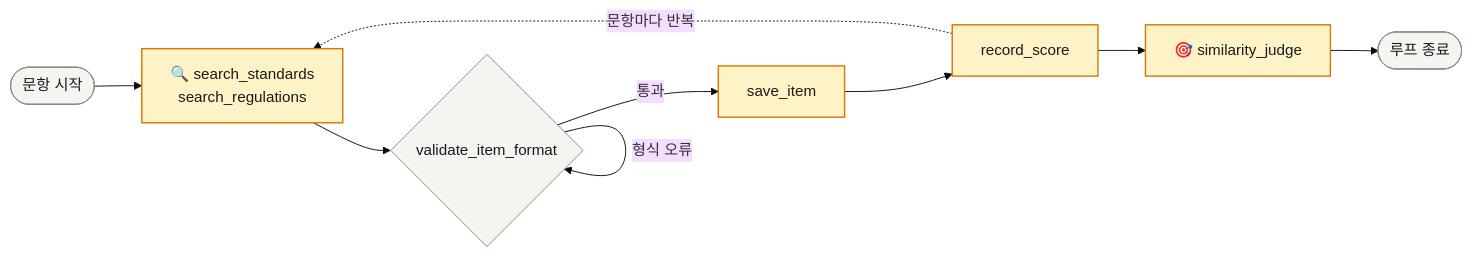
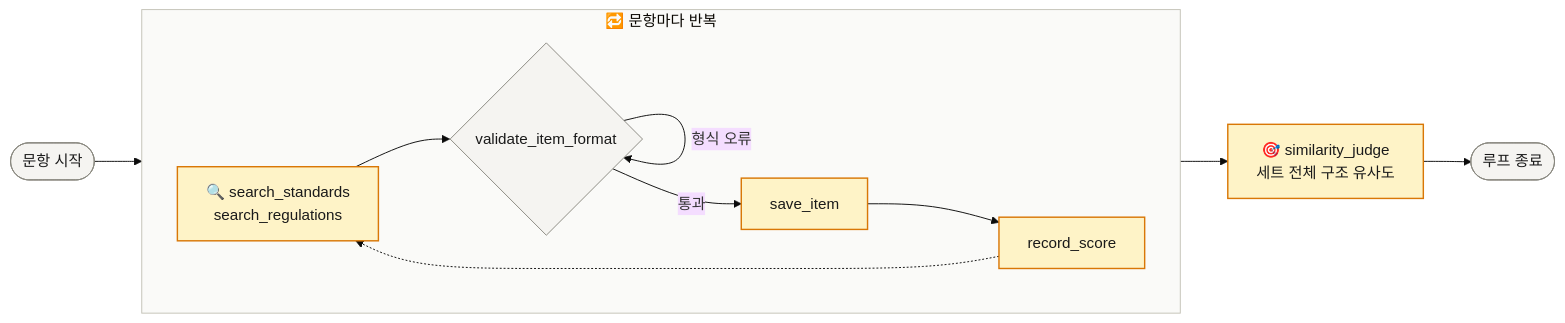
One commit to MachuEngine/bunpil changed the second of 4 diagrams in README.md. Above: the diagram before and after it, drawn with Mermaid (base theme). The commit also changed other lines of this file, not shown here.

Commit message:
docs: ReAct 에이전트 흐름도에 문항별 반복 서브그래프 경계 추가
문항별 루프(search→validate→save→record_score)와 세트 완료 후 1회만
실행되는 similarity_judge를 시각적으로 구분하지 못해 오해 소지가
있었음. 반복 구간을 "🔁 문항마다 반복" 서브그래프로 감싸 셀프루프
화살표를 그 안에 가두고, Judge/루프 종료는 바깥에 두어 실행 순서가
한눈에 보이도록 정리.

````diff
--- a/README.md
+++ b/README.md
@@ -54,22 +54,29 @@
 ```mermaid
 flowchart LR
     Start(["문항 시작"])
-    Search["🔍 search_standards<br/>search_regulations"]
-    Validate{"validate_item_format"}
-    Save["save_item"]
-    Score["record_score"]
-    Judge["🎯 similarity_judge"]
+
+    subgraph Loop["🔁 문항마다 반복"]
+        direction LR
+        Search["🔍 search_standards<br/>search_regulations"]
+        Validate{"validate_item_format"}
+        Save["save_item"]
+        Score["record_score"]
+
+        Search --> Validate
+        Validate -- "형식 오류" --> Validate
+        Validate -- "통과" --> Save --> Score
+        Score -.-> Search
+    end
+
+    Judge["🎯 similarity_judge<br/>세트 전체 구조 유사도"]
     End(["루프 종료"])
 
-    Start --> Search --> Validate
-    Validate -- "형식 오류" --> Validate
-    Validate -- "통과" --> Save --> Score
-    Score -.->|"문항마다 반복"| Search
-    Score --> Judge --> End
+    Start --> Loop --> Judge --> End
 
     class Start,End,Validate neutral
     class Search,Save,Score,Judge exam
+    style Loop fill:#FAFAF8,stroke:#C3C2B7,stroke-width:1px
 
     classDef neutral fill:#F5F4F1,stroke:#8A8880,stroke-width:1px,color:#1A1A1A
     classDef exam fill:#FEF3C7,stroke:#D97706,stroke-width:1.5px,color:#1A1A1A
 ```
````
